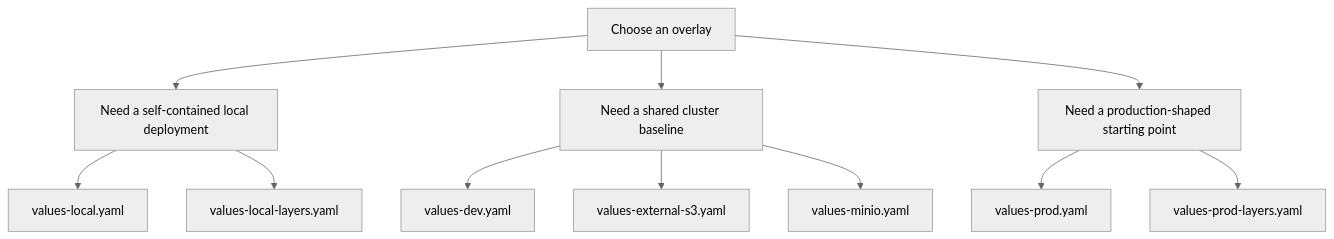
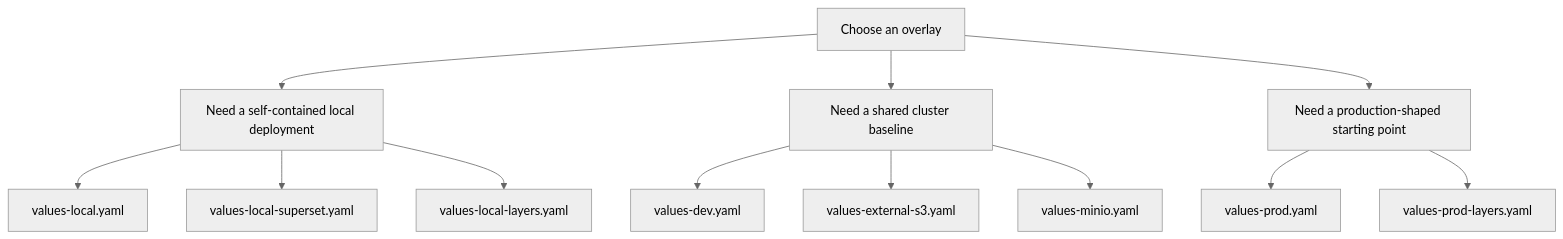
Before and after one commit to sanger-pathogens/dlh-in-a-box-umbrella-helm-chart: the diagram in examples/README.md, drawn with Mermaid (neutral theme). The commit also changed other lines of this file and 12 other files, not shown here.

````diff
--- a/examples/README.md
+++ b/examples/README.md
@@ -8,15 +8,16 @@
 ```mermaid
 flowchart TD
   Start[Choose an overlay]
   Start --> Local[Need a self-contained local deployment]
   Start --> Shared[Need a shared cluster baseline]
   Start --> Prod[Need a production-shaped starting point]
 
   Local --> LocalBase[values-local.yaml]
+  Local --> LocalSuperset[values-local-superset.yaml]
   Local --> LocalLayers[values-local-layers.yaml]
   Shared --> Dev[values-dev.yaml]
   Shared --> ExternalS3[values-external-s3.yaml]
   Shared --> MinioOnly[values-minio.yaml]
   Prod --> ProdBase[values-prod.yaml]
   Prod --> ProdLayers[values-prod-layers.yaml]
 ```
````
